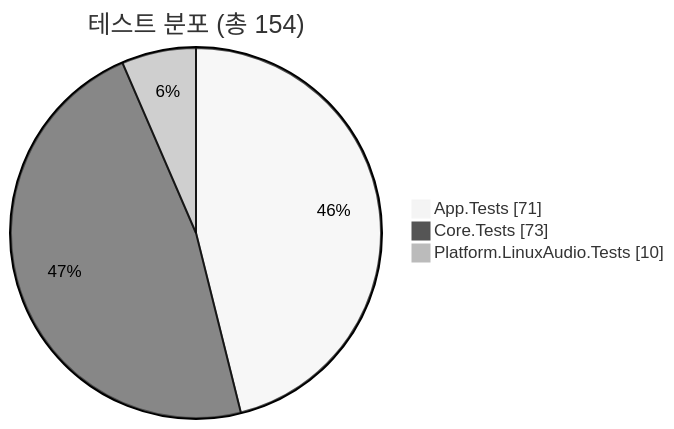
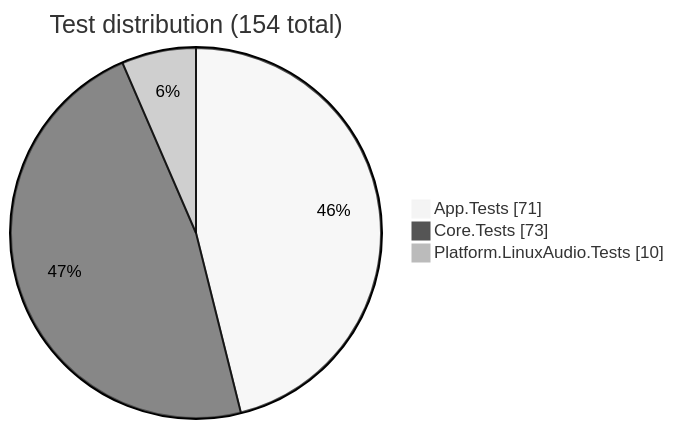
One commit to Jae-hong-5/tg-dotnet changed the fourth of 4 diagrams in README.md. Above: the diagram before and after it, drawn with Mermaid (neutral theme). The commit also changed other lines of this file and 1 other file, not shown here.

````diff
--- a/README.md
+++ b/README.md
@@ -253,7 +259,7 @@
 ```mermaid
 pie showData
-    title 테스트 분포 (총 154)
+    title Test distribution (154 total)
     "App.Tests" : 71
     "Core.Tests" : 73
     "Platform.LinuxAudio.Tests" : 10
 ```
````
